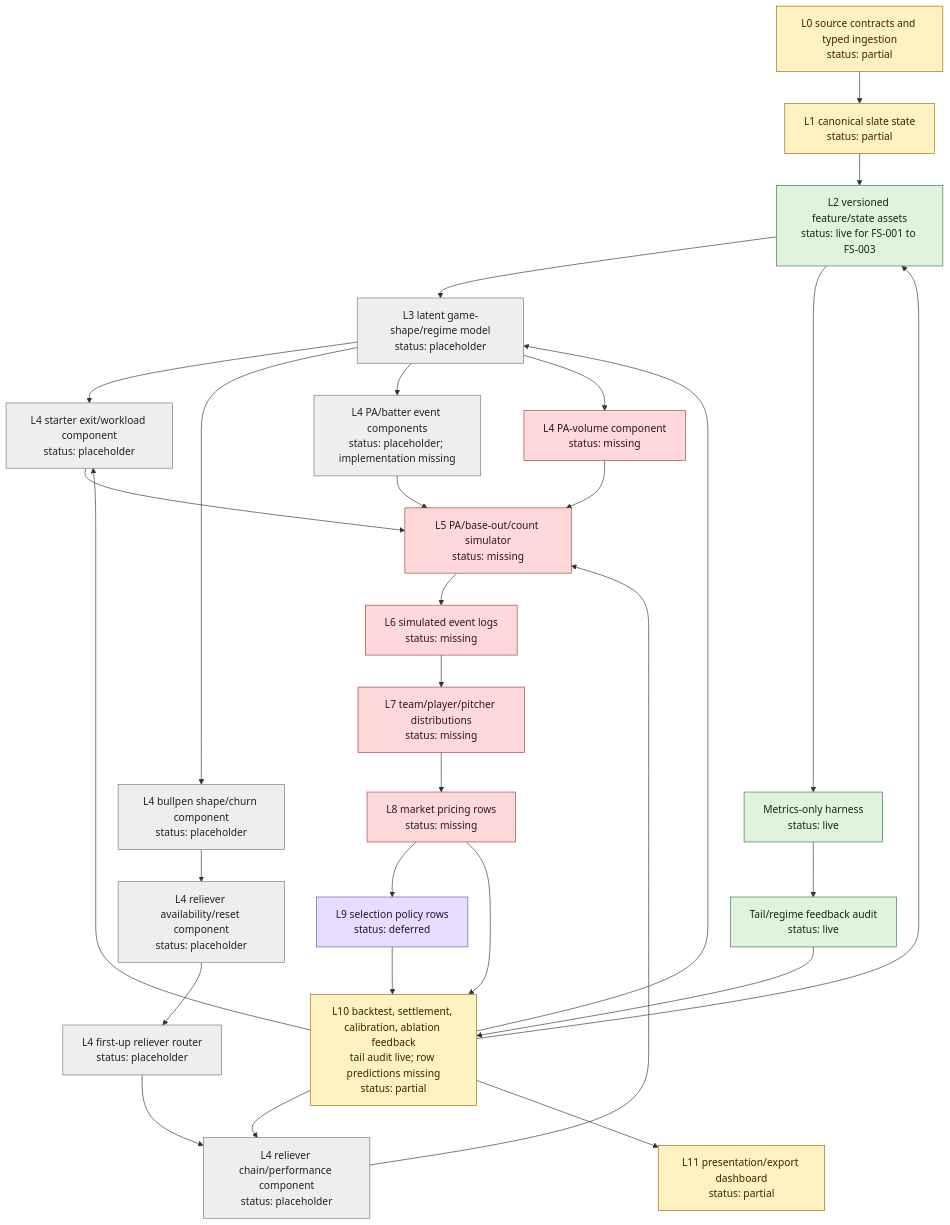
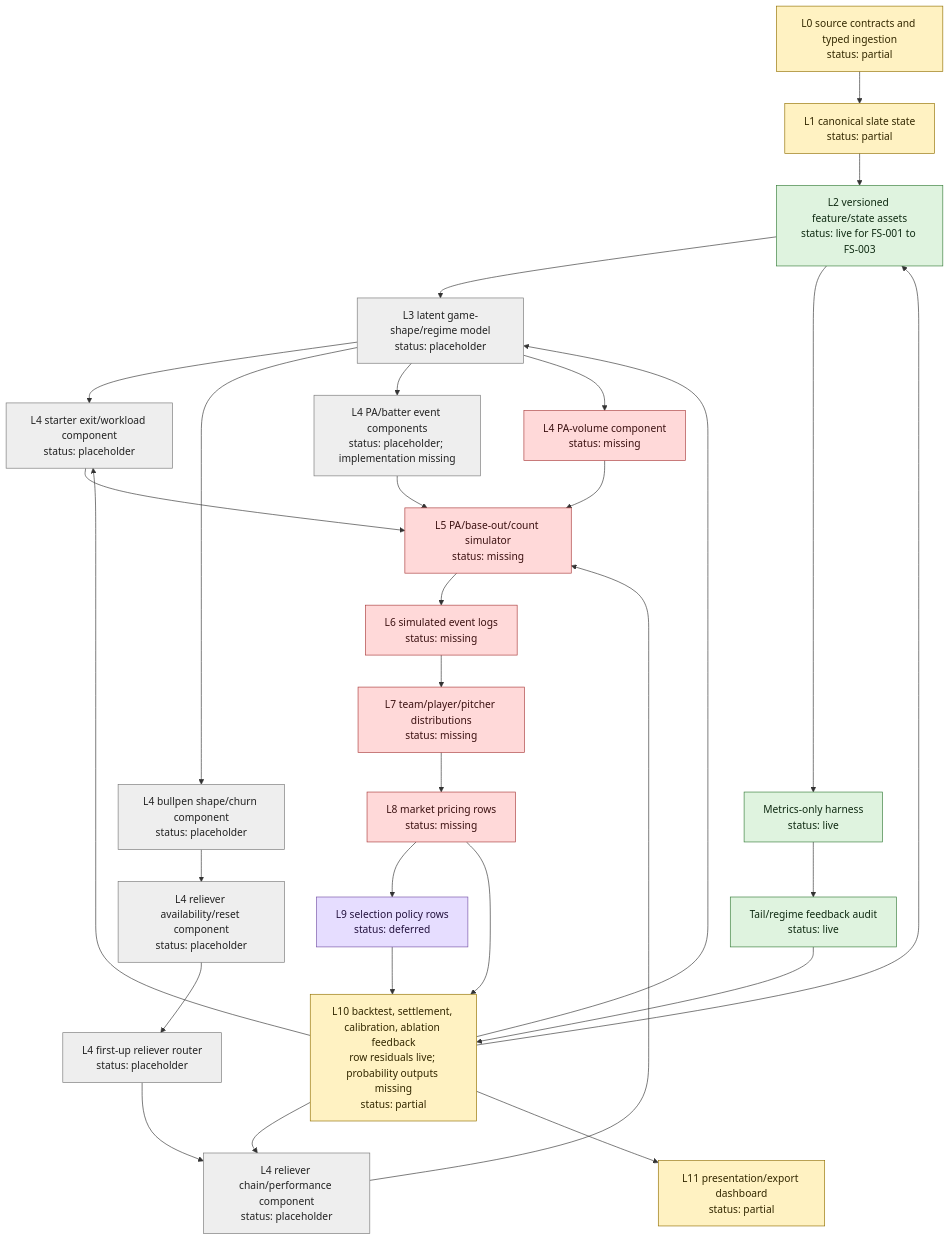
One commit to jiancchen/SlateAi changed the second of 4 diagrams in run-plans/mlb/2026-06-03-mlb-m3-alpha-state-progress.md. Above: the diagram before and after it, drawn with Mermaid. The commit also changed other lines of this file and 35 other files, not shown here.

````diff
--- a/run-plans/mlb/2026-06-03-mlb-m3-alpha-state-progress.md
+++ b/run-plans/mlb/2026-06-03-mlb-m3-alpha-state-progress.md
@@ -91,45 +93,45 @@
 ```mermaid
 flowchart TD
   L0["L0 source contracts and typed ingestion<br/>status: partial"] --> L1["L1 canonical slate state<br/>status: partial"]
   L1 --> L2["L2 versioned feature/state assets<br/>status: live for FS-001 to FS-003"]
   L2 --> L3["L3 latent game-shape/regime model<br/>status: placeholder"]
   L3 --> L4A["L4 starter exit/workload component<br/>status: placeholder"]
   L3 --> L4B["L4 bullpen shape/churn component<br/>status: placeholder"]
   L4B --> L4C["L4 reliever availability/reset component<br/>status: placeholder"]
   L4C --> L4D["L4 first-up reliever router<br/>status: placeholder"]
   L4D --> L4E["L4 reliever chain/performance component<br/>status: placeholder"]
   L3 --> L4F["L4 PA/batter event components<br/>status: placeholder; implementation missing"]
   L3 --> L4G["L4 PA-volume component<br/>status: missing"]
 
   L4A --> L5["L5 PA/base-out/count simulator<br/>status: missing"]
   L4E --> L5
   L4F --> L5
   L4G --> L5
   L5 --> L6["L6 simulated event logs<br/>status: missing"]
   L6 --> L7["L7 team/player/pitcher distributions<br/>status: missing"]
   L7 --> L8["L8 market pricing rows<br/>status: missing"]
   L8 --> L9["L9 selection policy rows<br/>status: deferred"]
-  L8 --> L10["L10 backtest, settlement, calibration, ablation feedback<br/>tail audit live; row predictions missing<br/>status: partial"]
+  L8 --> L10["L10 backtest, settlement, calibration, ablation feedback<br/>row residuals live; probability outputs missing<br/>status: partial"]
   L9 --> L10
   L10 --> L2
   L10 --> L3
   L10 --> L4A
   L10 --> L4E
   L10 --> L11["L11 presentation/export dashboard<br/>status: partial"]
 
   L2 --> H["Metrics-only harness<br/>status: live"]
   H --> TC["Tail/regime feedback audit<br/>status: live"]
   TC --> L10
 
   classDef live fill:#dff3df,stroke:#367c39,color:#102b13;
   classDef partial fill:#fff2c2,stroke:#927000,color:#332800;
   classDef placeholder fill:#eeeeee,stroke:#777777,color:#222222;
   classDef missing fill:#ffd9d9,stroke:#aa3b3b,color:#3b1111;
   classDef deferred fill:#e6ddff,stroke:#7451a6,color:#24133f;
 
   class L2,H,TC live;
   class L0,L1,L10,L11 partial;
   class L3,L4A,L4B,L4C,L4D,L4E,L4F placeholder;
   class L4G,L5,L6,L7,L8 missing;
   class L9 deferred;
 ```
````
